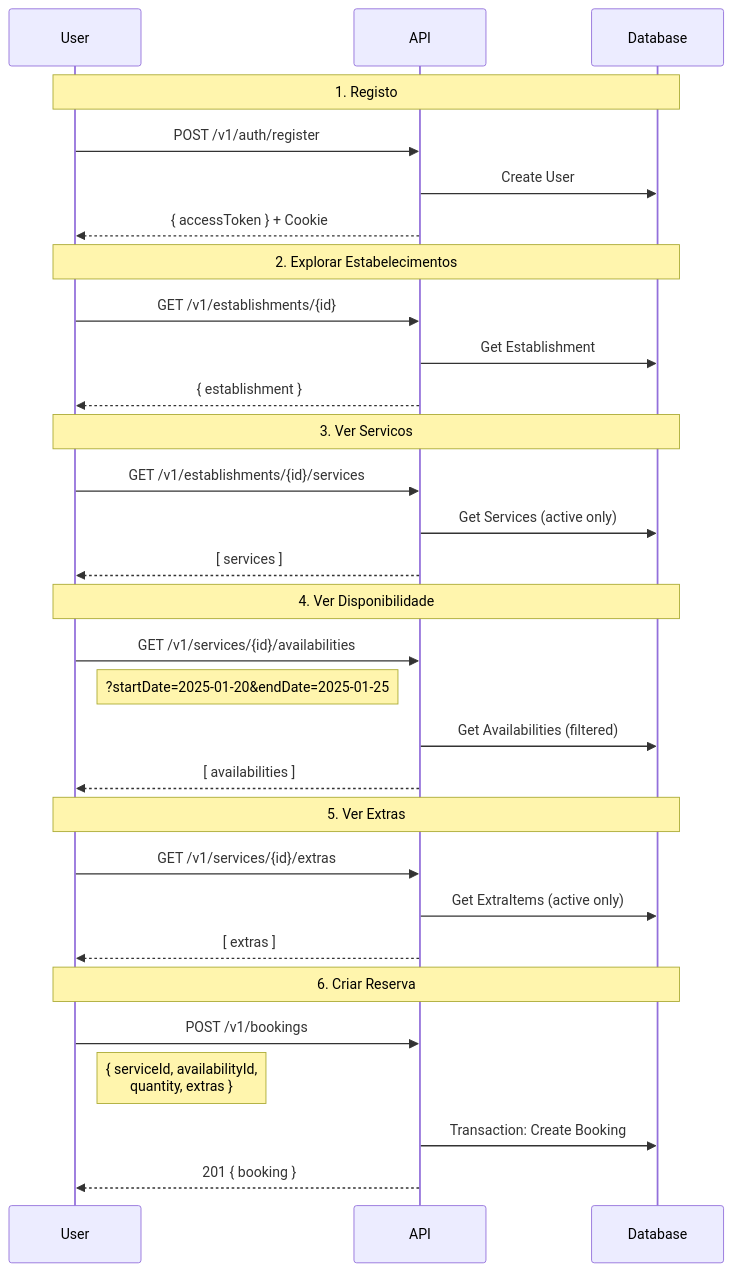
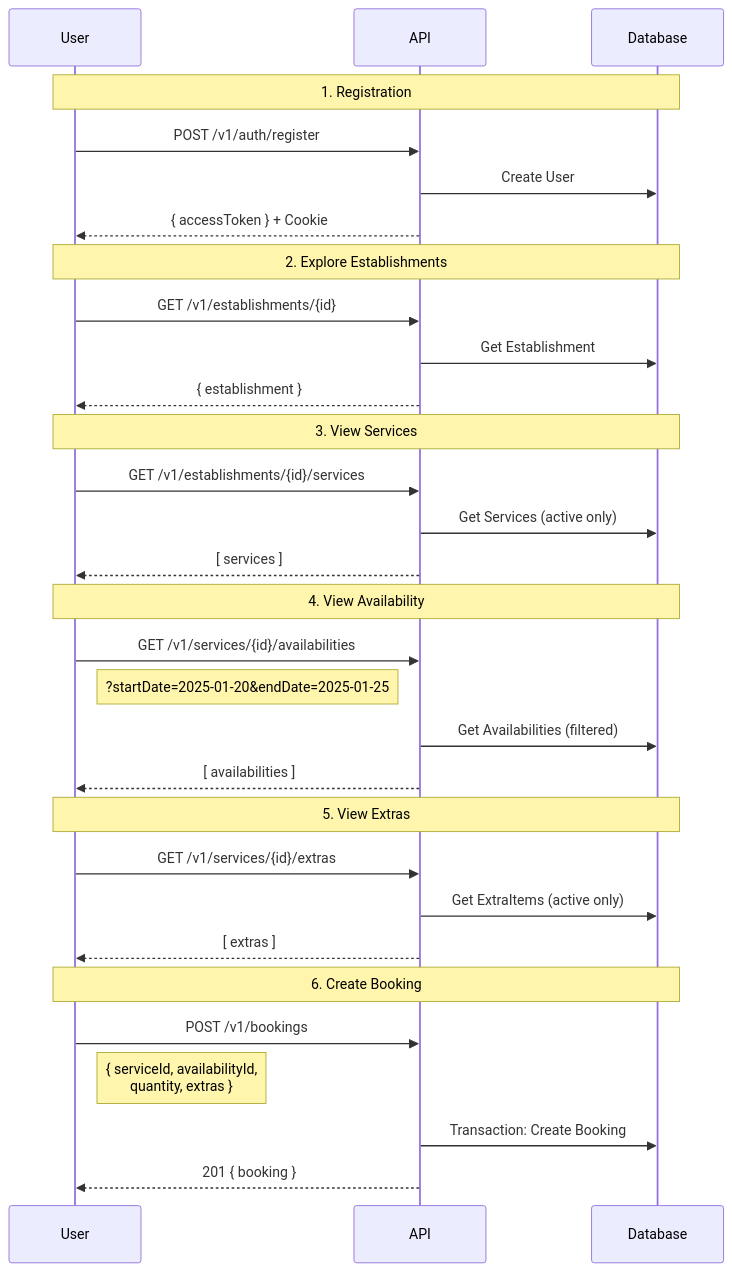
Before and after one commit to Nicasiomarques/booking-host: the tenth of 10 diagrams in README.md, drawn with Mermaid. The commit also changed other lines of this file and 1 other file, not shown here.

````diff
--- a/README.md
+++ b/README.md
@@ -518,38 +520,38 @@
 ```mermaid
 sequenceDiagram
     participant U as User
     participant API as API
     participant DB as Database
 
-    Note over U,DB: 1. Registo
+    Note over U,DB: 1. Registration
     U->>API: POST /v1/auth/register
     API->>DB: Create User
     API-->>U: { accessToken } + Cookie
 
-    Note over U,DB: 2. Explorar Estabelecimentos
+    Note over U,DB: 2. Explore Establishments
     U->>API: GET /v1/establishments/{id}
     API->>DB: Get Establishment
     API-->>U: { establishment }
 
-    Note over U,DB: 3. Ver Servicos
+    Note over U,DB: 3. View Services
     U->>API: GET /v1/establishments/{id}/services
     API->>DB: Get Services (active only)
     API-->>U: [ services ]
 
-    Note over U,DB: 4. Ver Disponibilidade
+    Note over U,DB: 4. View Availability
     U->>API: GET /v1/services/{id}/availabilities
     Note right of U: ?startDate=2025-01-20&endDate=2025-01-25
     API->>DB: Get Availabilities (filtered)
     API-->>U: [ availabilities ]
 
-    Note over U,DB: 5. Ver Extras
+    Note over U,DB: 5. View Extras
     U->>API: GET /v1/services/{id}/extras
     API->>DB: Get ExtraItems (active only)
     API-->>U: [ extras ]
 
-    Note over U,DB: 6. Criar Reserva
+    Note over U,DB: 6. Create Booking
     U->>API: POST /v1/bookings
     Note right of U: { serviceId, availabilityId,<br/>quantity, extras }
     API->>DB: Transaction: Create Booking
     API-->>U: 201 { booking }
 ```
````
